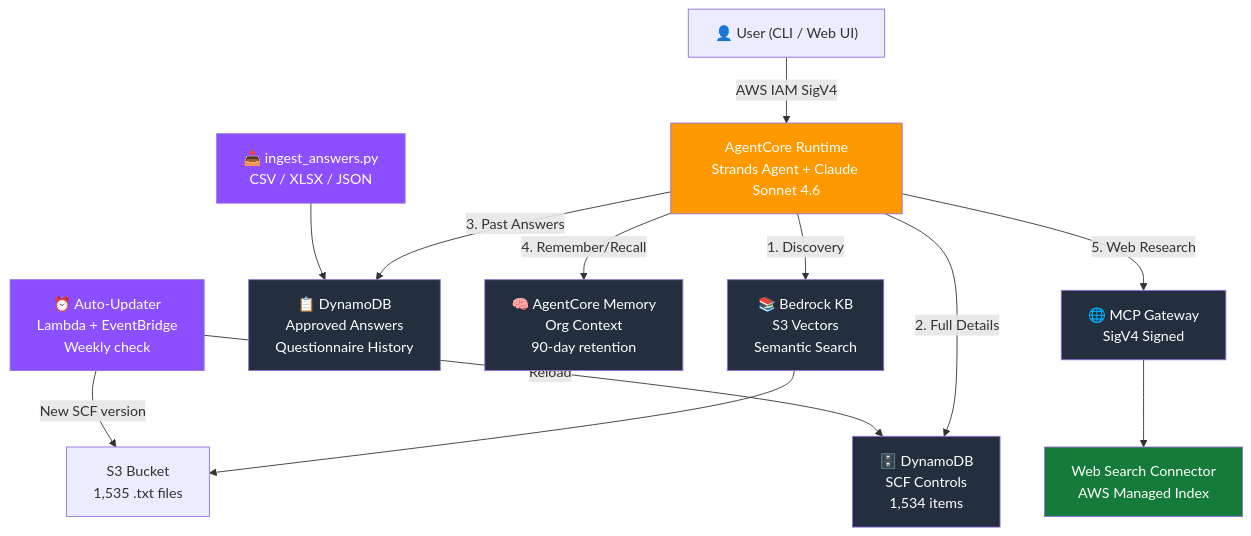
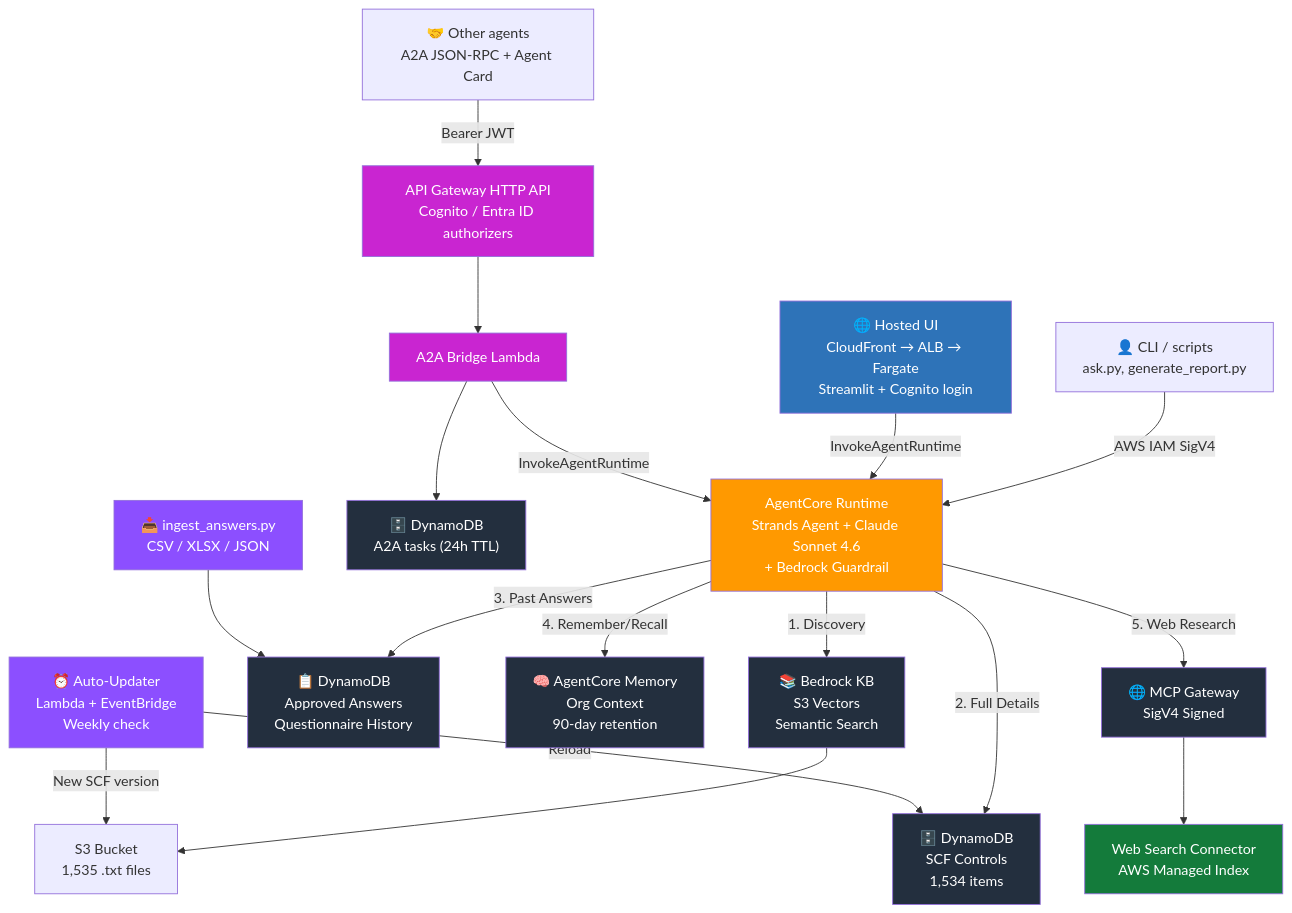
The diagram in README.md (mgbec/SCF-Agent-with-A2A), drawn with Mermaid before and after one commit. The commit also changed other lines of this file and 4 other files, not shown here.

First line of the commit message:
docs: bring README + architecture docs in line with A2A, hosted frontend, guardrail

````diff
--- a/README.md
+++ b/README.md
@@ -9,27 +9,37 @@
 ```mermaid
 graph TD
-    User["👤 User (CLI / Web UI)"] -->|"AWS IAM SigV4"| Runtime["AgentCore Runtime<br/>Strands Agent + Claude Sonnet 4.6"]
-    
+    CLI["👤 CLI / scripts<br/>ask.py, generate_report.py"] -->|"AWS IAM SigV4"| Runtime
+    Web["🌐 Hosted UI<br/>CloudFront → ALB → Fargate<br/>Streamlit + Cognito login"] -->|"InvokeAgentRuntime"| Runtime
+    A2A["🤝 Other agents<br/>A2A JSON-RPC + Agent Card"] -->|"Bearer JWT"| APIGW["API Gateway HTTP API<br/>Cognito / Entra ID authorizers"]
+    APIGW --> Bridge["A2A Bridge Lambda"]
+    Bridge -->|"InvokeAgentRuntime"| Runtime
+    Bridge --> Tasks["🗄️ DynamoDB<br/>A2A tasks (24h TTL)"]
+
+    Runtime["AgentCore Runtime<br/>Strands Agent + Claude Sonnet 4.6<br/>+ Bedrock Guardrail"]
     Runtime -->|"1. Discovery"| KB["📚 Bedrock KB<br/>S3 Vectors<br/>Semantic Search"]
     Runtime -->|"2. Full Details"| DDB["🗄️ DynamoDB<br/>SCF Controls<br/>1,534 items"]
     Runtime -->|"3. Past Answers"| Answers["📋 DynamoDB<br/>Approved Answers<br/>Questionnaire History"]
     Runtime -->|"4. Remember/Recall"| Memory["🧠 AgentCore Memory<br/>Org Context<br/>90-day retention"]
     Runtime -->|"5. Web Research"| Gateway["🌐 MCP Gateway<br/>SigV4 Signed"]
-    
+
     Gateway --> WebSearch["Web Search Connector<br/>AWS Managed Index"]
     KB --> S3["S3 Bucket<br/>1,535 .txt files"]
-    
+
     Ingest["📥 ingest_answers.py<br/>CSV / XLSX / JSON"] --> Answers
     Updater["⏰ Auto-Updater<br/>Lambda + EventBridge<br/>Weekly check"] -->|"New SCF version"| S3
     Updater -->|"Reload"| DDB
 
     style Runtime fill:#ff9900,color:#fff
     style KB fill:#232f3e,color:#fff
     style DDB fill:#232f3e,color:#fff
     style Answers fill:#232f3e,color:#fff
     style Memory fill:#232f3e,color:#fff
     style Gateway fill:#232f3e,color:#fff
+    style Tasks fill:#232f3e,color:#fff
     style WebSearch fill:#147b3b,color:#fff
     style Updater fill:#8c4fff,color:#fff
     style Ingest fill:#8c4fff,color:#fff
+    style APIGW fill:#c925d1,color:#fff
+    style Bridge fill:#c925d1,color:#fff
+    style Web fill:#2e73b8,color:#fff
 ```
````
